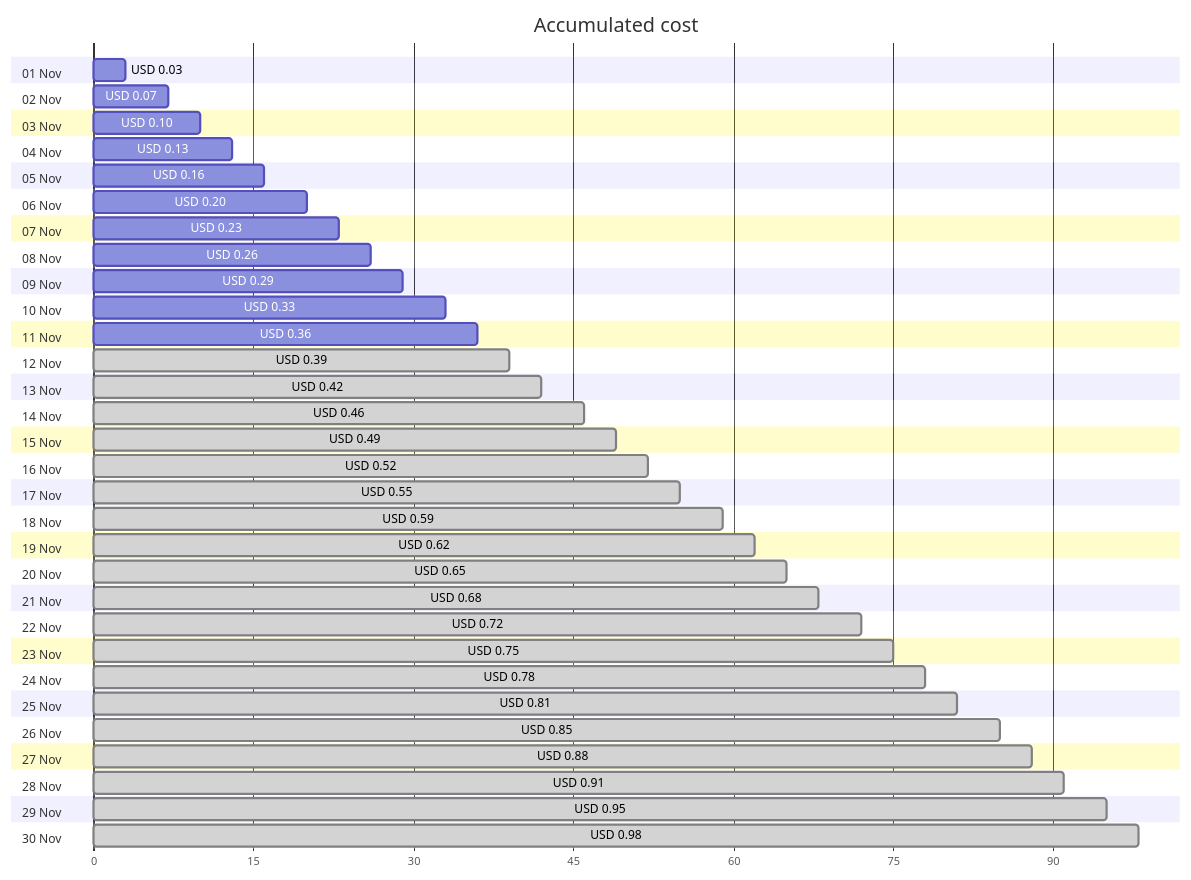
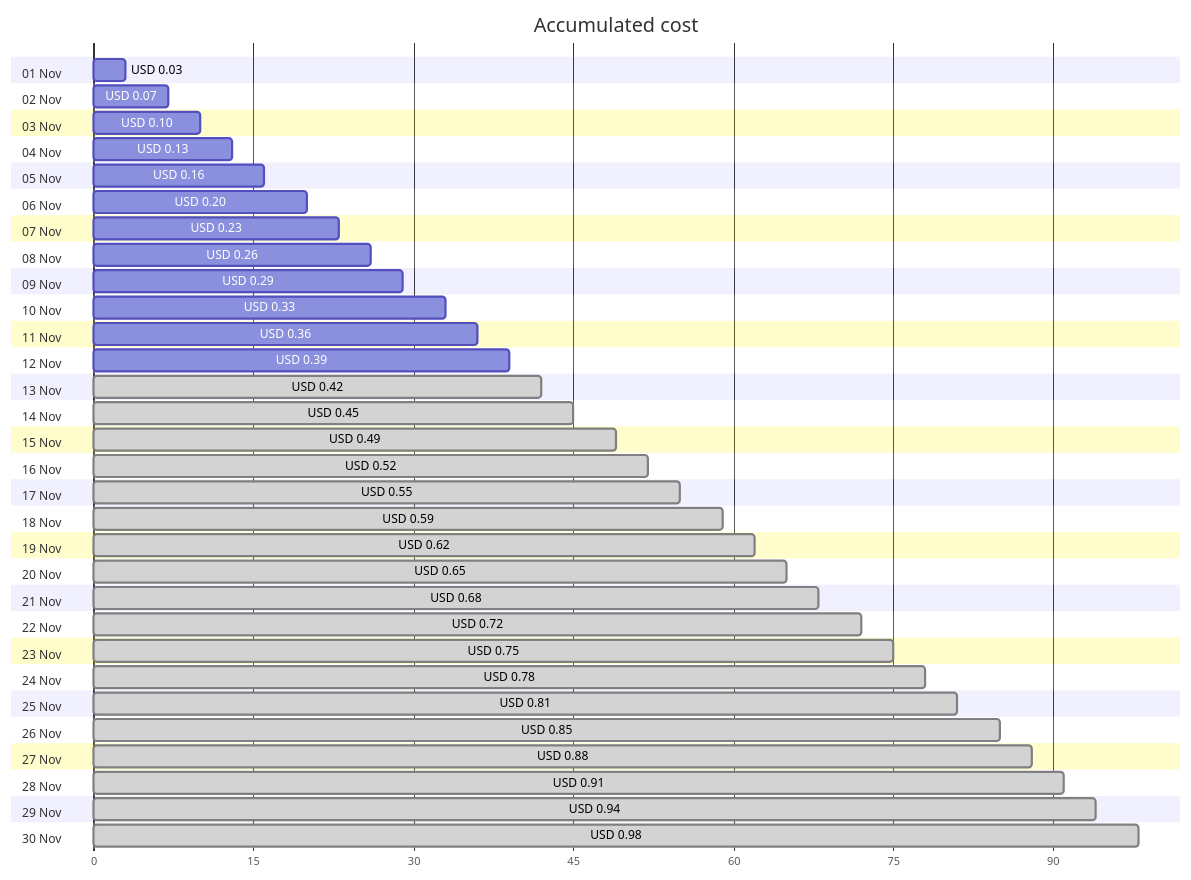
Before and after one commit to jpfulton/azure-personal-reports: the first of 4 diagrams in cost-reports/personal-dns/README.md, drawn with Mermaid. The commit also changed other lines of this file and 2 other files, not shown here.

````diff
--- a/cost-reports/personal-dns/README.md
+++ b/cost-reports/personal-dns/README.md
@@ -20,66 +20,66 @@
 ```mermaid
 gantt
    title Accumulated cost
    dateFormat  X
    axisFormat %s
    section 01 Nov
    USD 0.03 :0, 3
    section 02 Nov
    USD 0.07 :0, 7
    section 03 Nov
    USD 0.10 :0, 10
    section 04 Nov
    USD 0.13 :0, 13
    section 05 Nov
    USD 0.16 :0, 16
    section 06 Nov
    USD 0.20 :0, 20
    section 07 Nov
    USD 0.23 :0, 23
    section 08 Nov
    USD 0.26 :0, 26
    section 09 Nov
    USD 0.29 :0, 29
    section 10 Nov
    USD 0.33 :0, 33
    section 11 Nov
    USD 0.36 :0, 36
    section 12 Nov
-   USD 0.39 : done, 0, 39
+   USD 0.39 :0, 39
    section 13 Nov
    USD 0.42 : done, 0, 42
    section 14 Nov
-   USD 0.46 : done, 0, 46
+   USD 0.45 : done, 0, 45
    section 15 Nov
    USD 0.49 : done, 0, 49
    section 16 Nov
    USD 0.52 : done, 0, 52
    section 17 Nov
    USD 0.55 : done, 0, 55
    section 18 Nov
    USD 0.59 : done, 0, 59
    section 19 Nov
    USD 0.62 : done, 0, 62
    section 20 Nov
    USD 0.65 : done, 0, 65
    section 21 Nov
    USD 0.68 : done, 0, 68
    section 22 Nov
    USD 0.72 : done, 0, 72
    section 23 Nov
    USD 0.75 : done, 0, 75
    section 24 Nov
    USD 0.78 : done, 0, 78
    section 25 Nov
    USD 0.81 : done, 0, 81
    section 26 Nov
    USD 0.85 : done, 0, 85
    section 27 Nov
    USD 0.88 : done, 0, 88
    section 28 Nov
    USD 0.91 : done, 0, 91
    section 29 Nov
-   USD 0.95 : done, 0, 95
+   USD 0.94 : done, 0, 94
    section 30 Nov
    USD 0.98 : done, 0, 98
 ```
````
